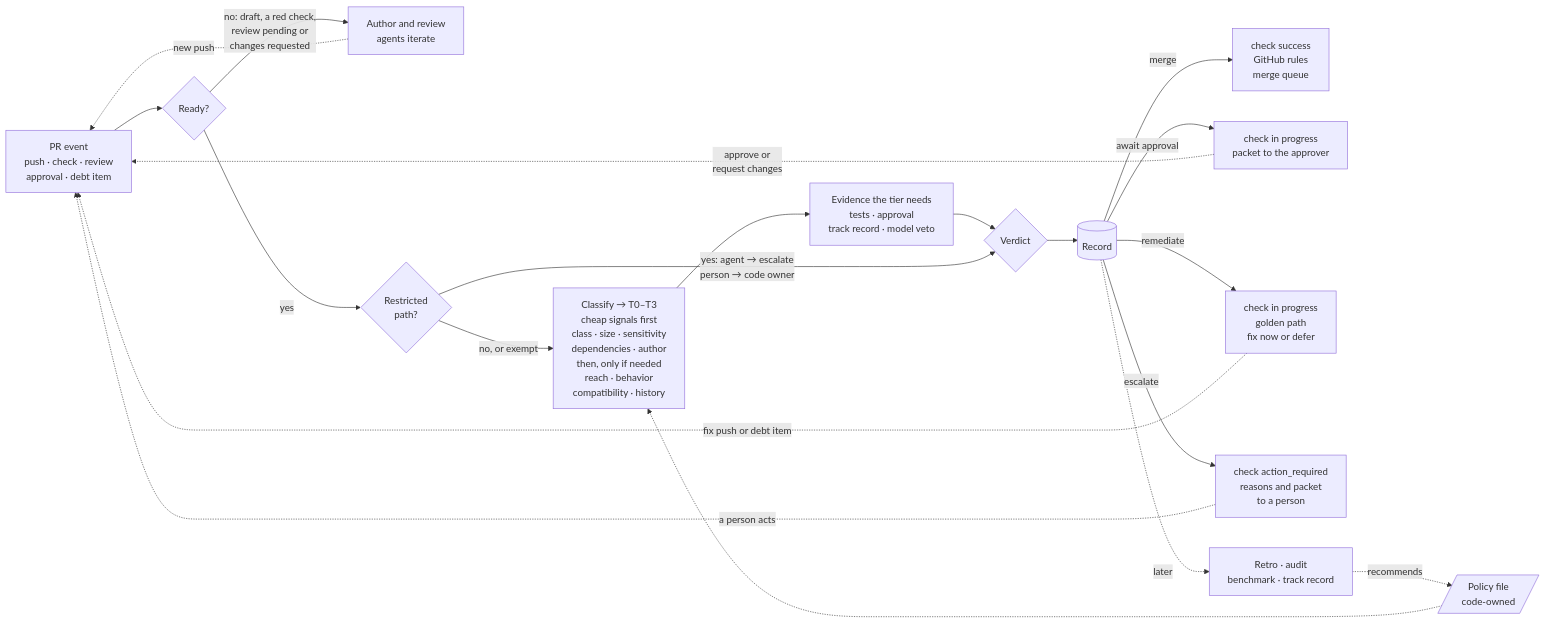
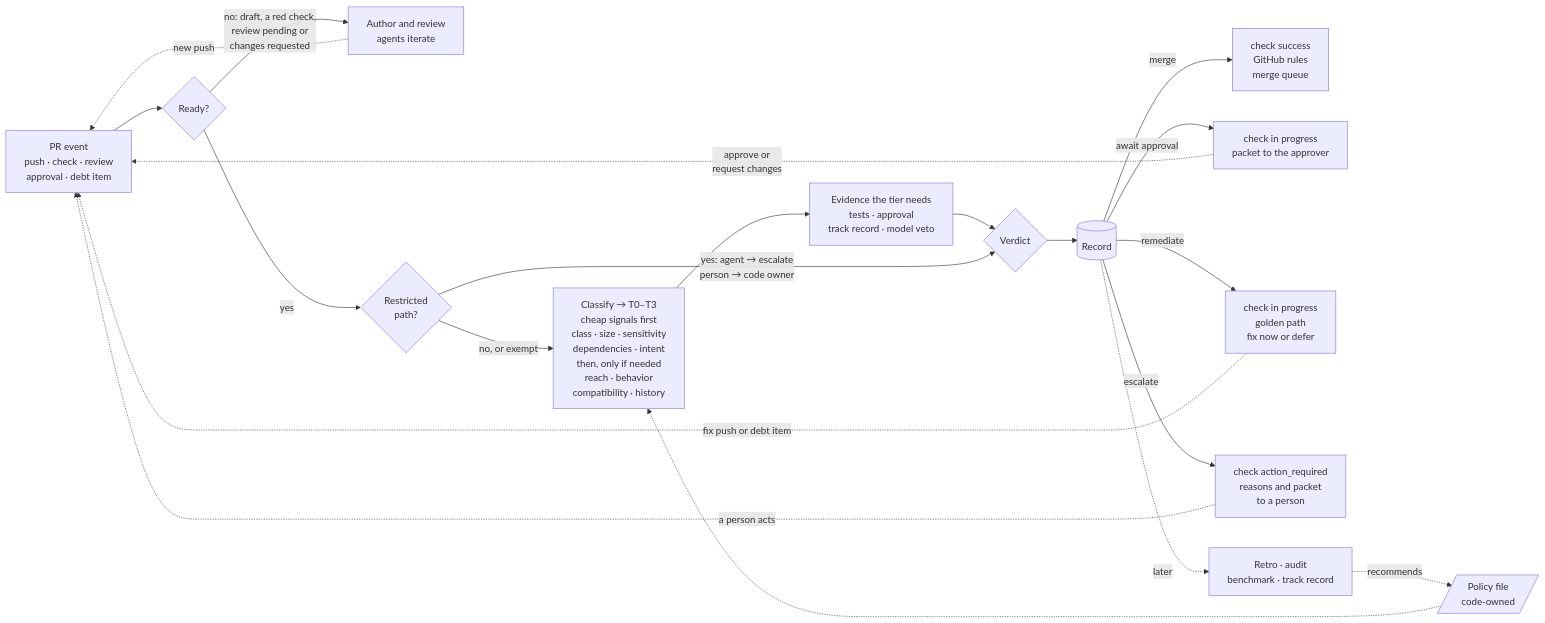
One commit to guyoron1/fullsend changed the first of 2 diagrams in docs/proposals/aisdlc-97-architecture-proposal.md. Above: the diagram before and after it, drawn with Mermaid. The commit also changed other lines of this file, not shown here.

````diff
--- a/docs/proposals/aisdlc-97-architecture-proposal.md
+++ b/docs/proposals/aisdlc-97-architecture-proposal.md
@@ -20,22 +20,22 @@
 ```mermaid
 flowchart LR
   EV[PR event<br/>push · check · review<br/>approval · debt item] --> RDY{Ready?}
   RDY -- no: draft, a red check,<br/>review pending or<br/>changes requested --> LOOP[Author and review<br/>agents iterate]
   LOOP -. new push .-> EV
   RDY -- yes --> RP{Restricted<br/>path?}
-  RP -- no, or exempt --> CLS["Classify → T0–T3<br/>cheap signals first<br/>class · size · sensitivity<br/>dependencies · author<br/>then, only if needed<br/>reach · behavior<br/>compatibility · history"]
+  RP -- no, or exempt --> CLS["Classify → T0–T3<br/>cheap signals first<br/>class · size · sensitivity<br/>dependencies · intent<br/>then, only if needed<br/>reach · behavior<br/>compatibility · history"]
   CLS --> EVD["Evidence the tier needs<br/>tests · approval<br/>track record · model veto"]
   EVD --> VER{Verdict}
   RP -- yes: agent → escalate<br/>person → code owner --> VER
   VER --> REC[(Record)]
   REC -- merge --> MRG["check success<br/>GitHub rules<br/>merge queue"]
   REC -- await approval --> PKT["check in progress<br/>packet to the approver"]
   REC -- remediate --> GP["check in progress<br/>golden path<br/>fix now or defer"]
   REC -- escalate --> ESC["check action_required<br/>reasons and packet<br/>to a person"]
   ESC -. a person acts .-> EV
   PKT -. approve or<br/>request changes .-> EV
   GP -. fix push or debt item .-> EV
   REC -. later .-> POST[Retro · audit<br/>benchmark · track record]
   POST -. recommends .-> POL[/Policy file<br/>code-owned/]
   POL -.-> CLS
 ```
````
